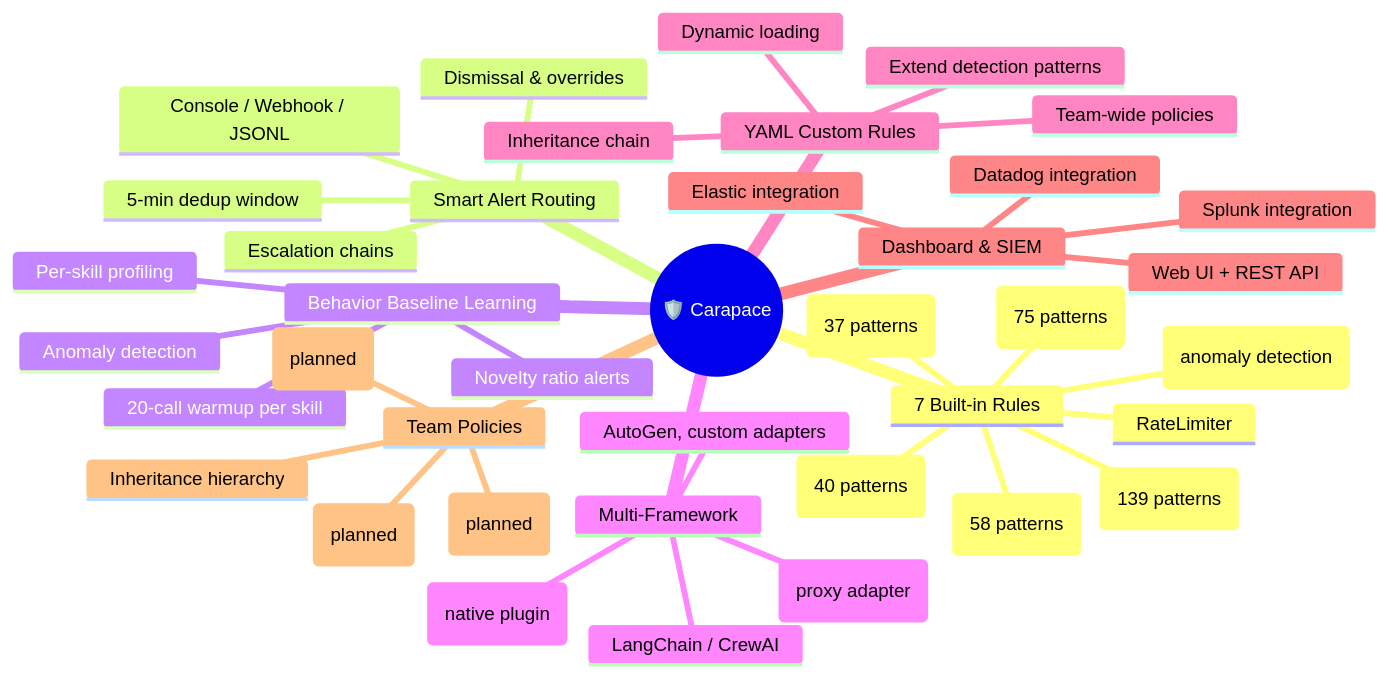
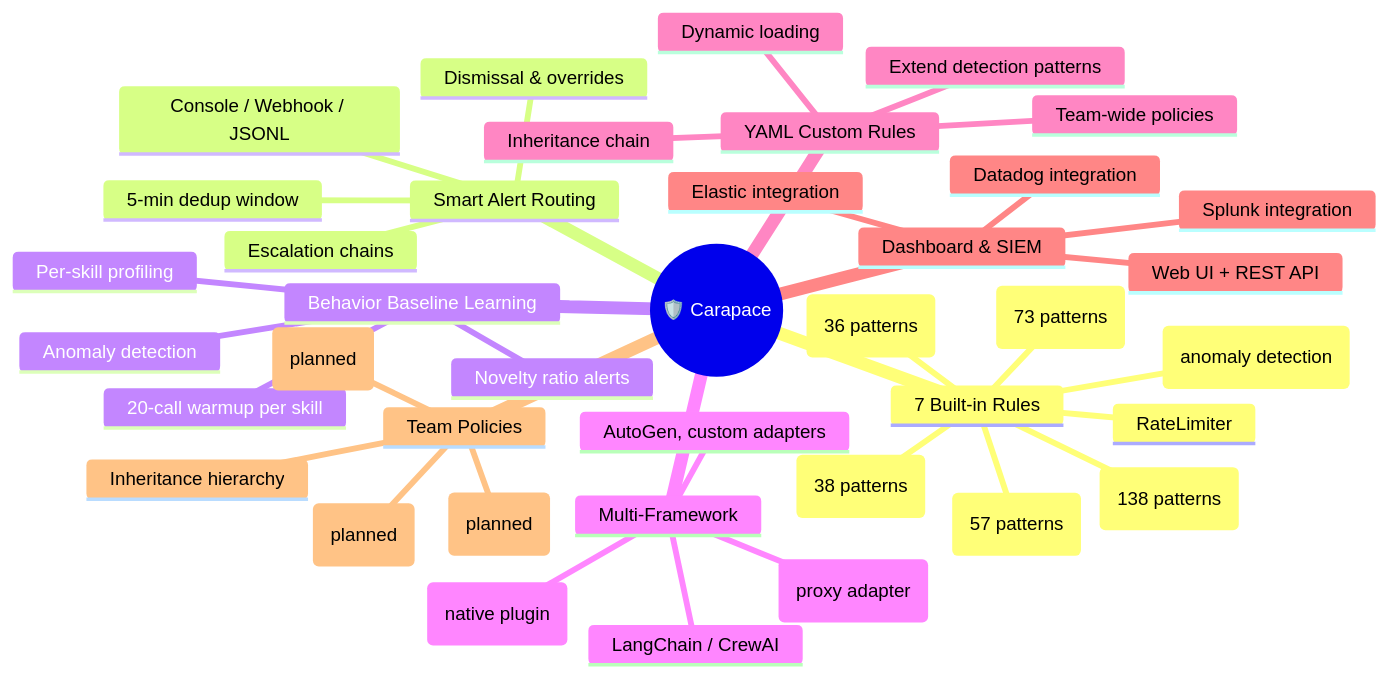
One commit to yeasy/carapace changed the first of 4 diagrams in README.md. Above: the diagram before and after it, drawn with Mermaid. The commit also changed other lines of this file and 4 other files, not shown here.

````diff
--- a/README.md
+++ b/README.md
@@ -70,42 +70,42 @@
 ```mermaid
 mindmap
   root((🛡️ Carapace))
     7 Built-in Rules
-      ExecGuard (139 patterns)
-      PathGuard (75 patterns)
-      NetworkGuard (40 patterns)
+      ExecGuard (138 patterns)
+      PathGuard (73 patterns)
+      NetworkGuard (38 patterns)
       RateLimiter
-      PromptInjection (37 patterns)
-      DataExfil (58 patterns)
+      PromptInjection (36 patterns)
+      DataExfil (57 patterns)
       BaselineDrift (anomaly detection)
     Smart Alert Routing
       5-min dedup window
       Escalation chains
       Dismissal & overrides
       Console / Webhook / JSONL
     Behavior Baseline Learning
       20-call warmup per skill
       Per-skill profiling
       Anomaly detection
       Novelty ratio alerts
     Multi-Framework
       OpenClaw (native plugin)
       MCP (proxy adapter)
       LangChain / CrewAI
       AutoGen, custom adapters
     YAML Custom Rules
       Extend detection patterns
       Team-wide policies
       Inheritance chain
       Dynamic loading
     Dashboard & SIEM
       Web UI + REST API
       Splunk integration
       Elastic integration
       Datadog integration
     Team Policies
       Inheritance hierarchy
       Role-based access (planned)
       Policy versioning (planned)
       Audit logging (planned)
 ```
````
